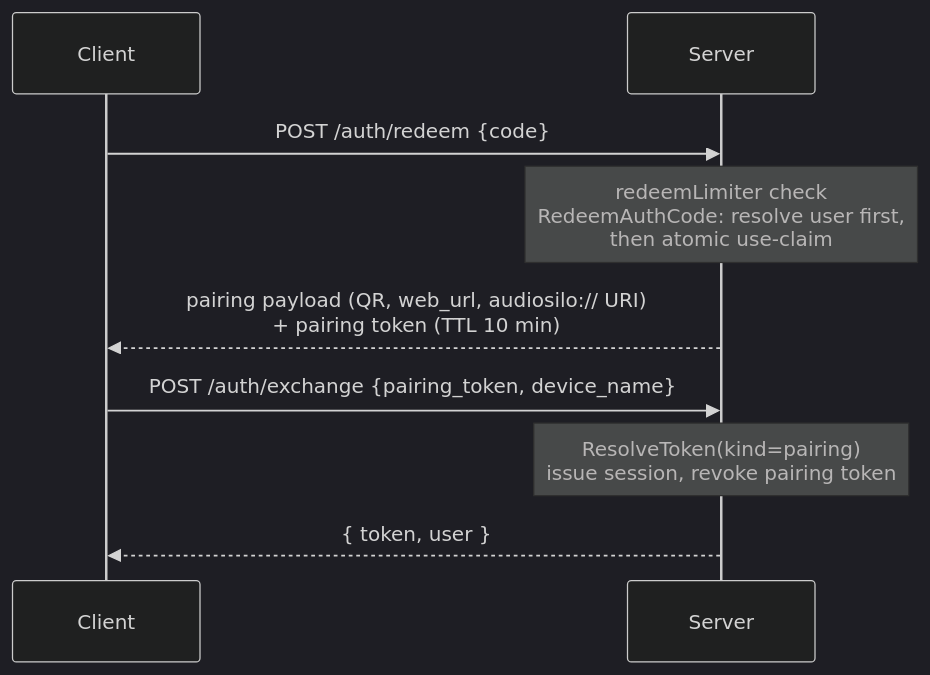
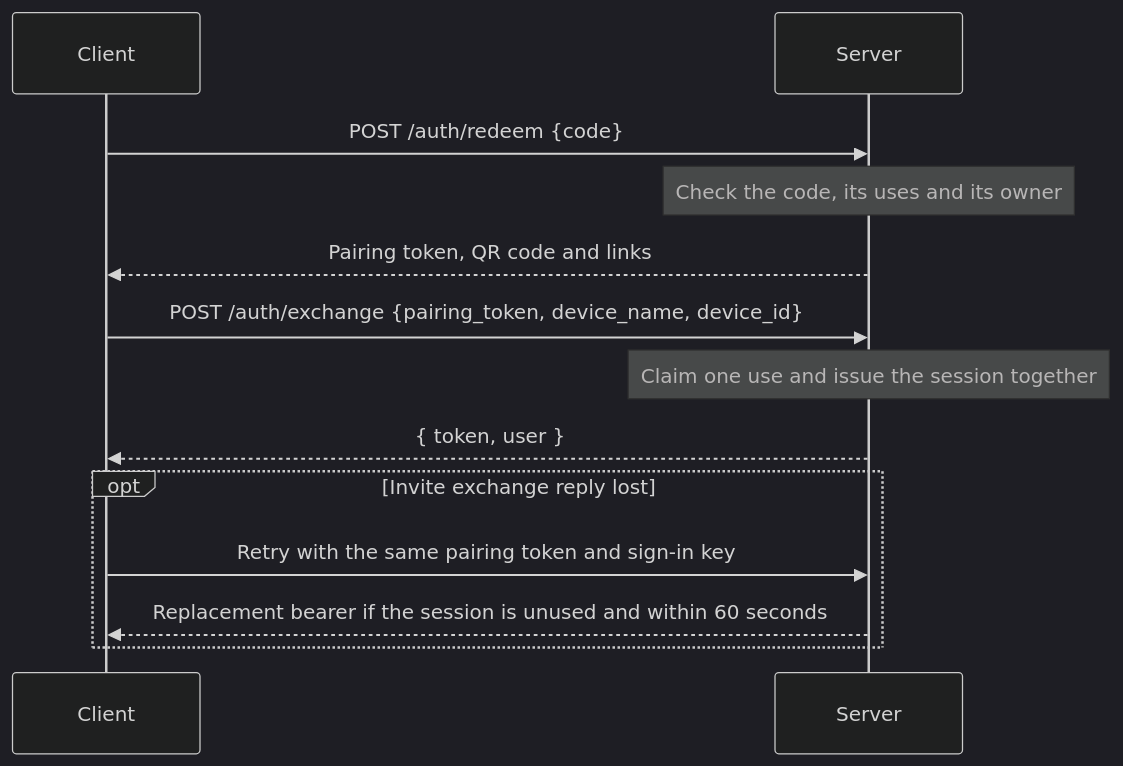
The diagram in docs-developers/server/auth-and-security.md (KodeStar/audiosilo-docs), drawn with Mermaid (dark theme) before and after one commit. The commit also changed other lines of this file and 12 other files, not shown here.

First line of the commit message:
Document invite sign-in retries and invite_used_by_this_device (#392)

````diff
--- a/docs-developers/server/auth-and-security.md
+++ b/docs-developers/server/auth-and-security.md
@@ -516,11 +521,15 @@
 ```mermaid
 sequenceDiagram
     participant C as Client
     participant S as Server
     C->>S: POST /auth/redeem {code}
-    Note over S: redeemLimiter check<br/>RedeemAuthCode: resolve user first,<br/>then atomic use-claim
-    S-->>C: pairing payload (QR, web_url, audiosilo:// URI)<br/>+ pairing token (TTL 10 min)
-    C->>S: POST /auth/exchange {pairing_token, device_name}
-    Note over S: ResolveToken(kind=pairing)<br/>issue session, revoke pairing token
+    Note over S: Check the code, its uses and its owner
+    S-->>C: Pairing token, QR code and links
+    C->>S: POST /auth/exchange {pairing_token, device_name, device_id}
+    Note over S: Claim one use and issue the session together
     S-->>C: { token, user }
+    opt Invite exchange reply lost
+        C->>S: Retry with the same pairing token and sign-in key
+        S-->>C: Replacement bearer if the session is unused and within 60 seconds
+    end
 ```
````
